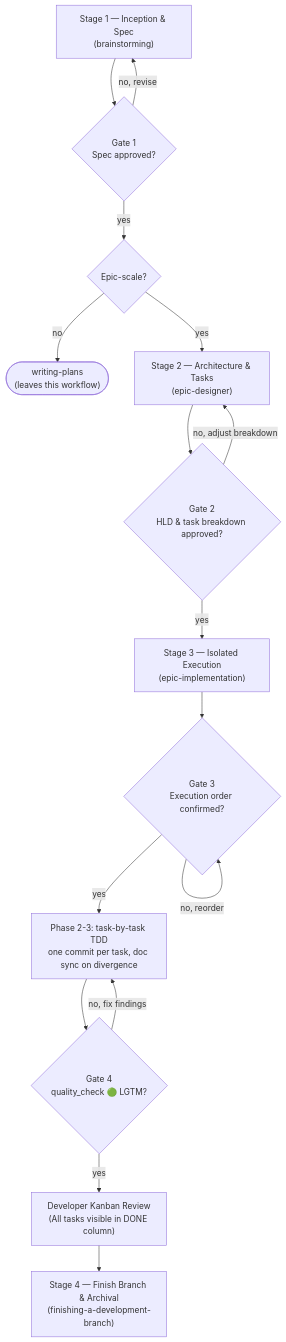
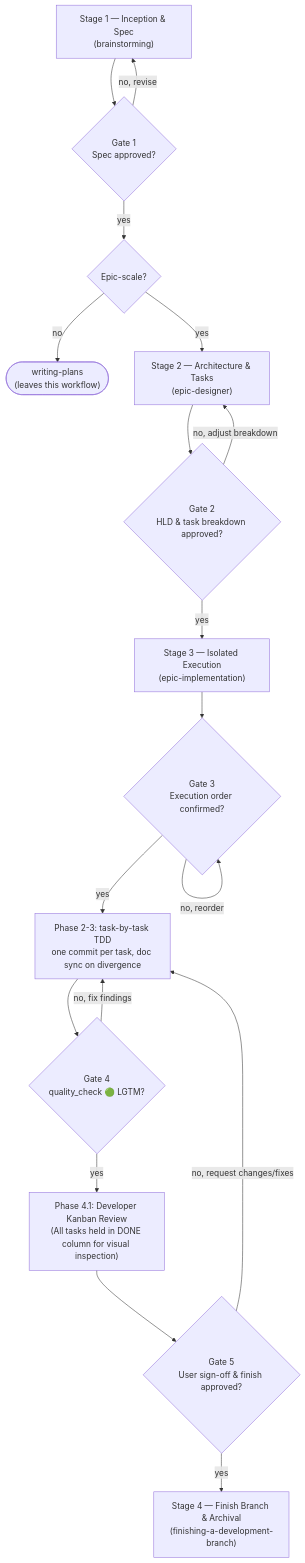
One commit to DanhDue/ai-agent-tools changed the diagram in skills/epic-lifecycle/SKILL.md. Above: the diagram before and after it, drawn with Mermaid. The commit also changed other lines of this file and 2 other files, not shown here.

First line of the commit message:
[EPIC_LIFECYCLE] Enforce Gate 5 Kanban review and 5-dimension BDD matrix

````diff
--- a/skills/epic-lifecycle/SKILL.md
+++ b/skills/epic-lifecycle/SKILL.md
@@ -22,32 +22,35 @@
 ```mermaid
 flowchart TD
     S1["Stage 1 — Inception &amp; Spec<br/>(brainstorming)"]
     G1{"Gate 1<br/>Spec approved?"}
     ROUTE{"Epic-scale?"}
     PLANS(["writing-plans<br/>(leaves this workflow)"])
     S2["Stage 2 — Architecture &amp; Tasks<br/>(epic-designer)"]
     G2{"Gate 2<br/>HLD &amp; task breakdown approved?"}
     S3["Stage 3 — Isolated Execution<br/>(epic-implementation)"]
     G3{"Gate 3<br/>Execution order confirmed?"}
     EXEC["Phase 2-3: task-by-task TDD<br/>one commit per task, doc sync on divergence"]
     G4{"Gate 4<br/>quality_check 🟢 LGTM?"}
-    REVIEW["Developer Kanban Review<br/>(All tasks visible in DONE column)"]
+    REVIEW["Phase 4.1: Developer Kanban Review<br/>(All tasks held in DONE column for visual inspection)"]
+    G5{"Gate 5<br/>User sign-off &amp; finish approved?"}
     S4["Stage 4 — Finish Branch &amp; Archival<br/>(finishing-a-development-branch)"]
 
     S1 --> G1
     G1 -->|no, revise| S1
     G1 -->|yes| ROUTE
     ROUTE -->|no| PLANS
     ROUTE -->|yes| S2
     S2 --> G2
     G2 -->|no, adjust breakdown| S2
     G2 -->|yes| S3
     S3 --> G3
     G3 -->|no, reorder| G3
     G3 -->|yes| EXEC
     EXEC --> G4
     G4 -->|no, fix findings| EXEC
     G4 -->|yes| REVIEW
-    REVIEW --> S4
+    REVIEW --> G5
+    G5 -->|no, request changes/fixes| EXEC
+    G5 -->|yes| S4
 
 ```
````
